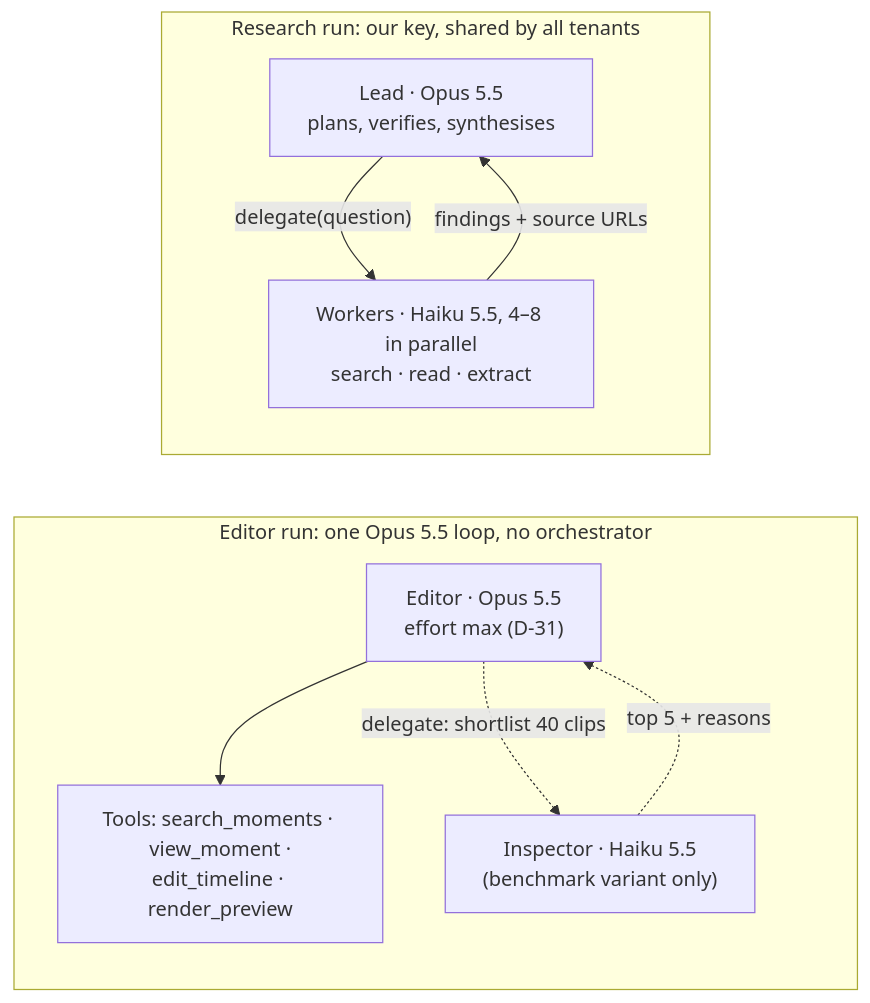
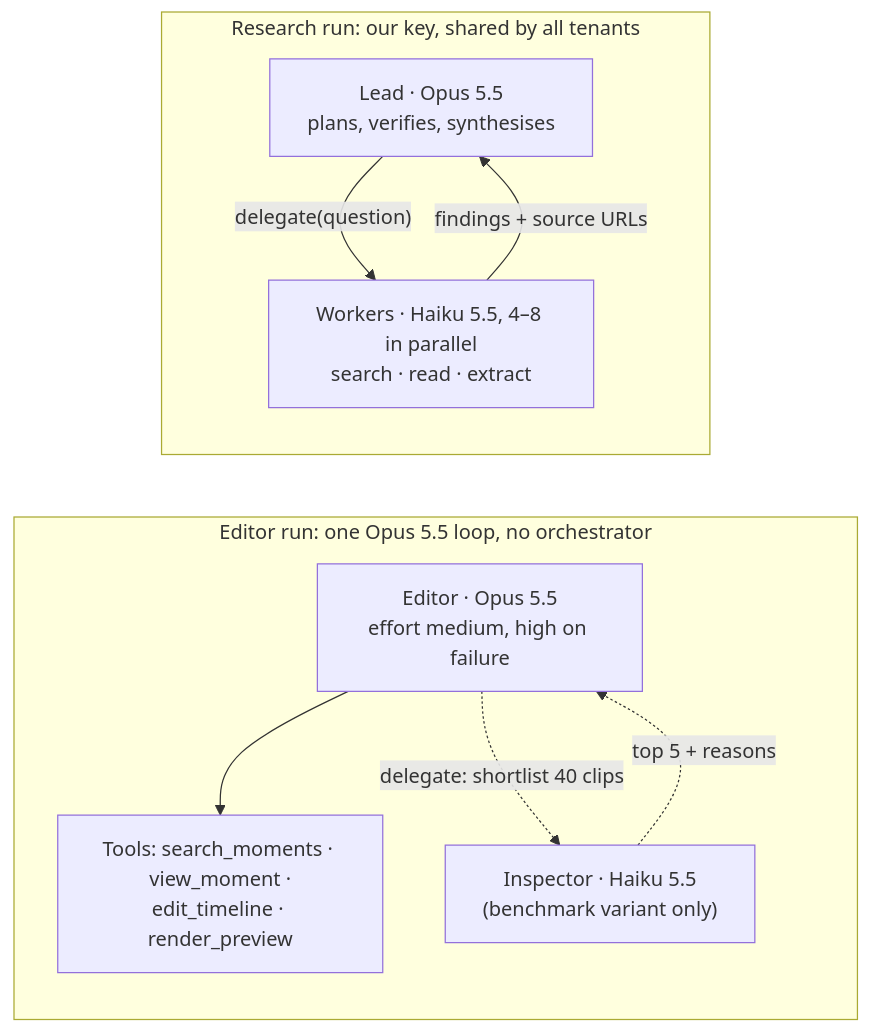
One commit to nilpntr/content-fabrique changed the fourth of 4 diagrams in docs/03-architecture.md. Above: the diagram before and after it, drawn with Mermaid. The commit also changed other lines of this file and 18 other files, not shown here.

First line of the commit message:
Quality mode: extra careful (max effort) is an opt-in per edit; standard is unchanged

````diff
--- a/docs/03-architecture.md
+++ b/docs/03-architecture.md
@@ -448,17 +455,17 @@
 ```mermaid
 flowchart LR
   subgraph EDIT["Editor run: one Opus 5.5 loop, no orchestrator"]
-    E["Editor · Opus 5.5<br/>effort max (D-31)"]
+    E["Editor · Opus 5.5<br/>effort medium, high on failure"]
     T["Tools: search_moments · view_moment ·<br/>edit_timeline · render_preview"]
     I["Inspector · Haiku 5.5<br/>(benchmark variant only)"]
     E --> T
     E -.->|"delegate: shortlist 40 clips"| I
     I -.->|"top 5 + reasons"| E
   end
   subgraph RES["Research run: our key, shared by all tenants"]
     L["Lead · Opus 5.5<br/>plans, verifies, synthesises"]
     W["Workers · Haiku 5.5, 4–8 in parallel<br/>search · read · extract"]
     L -->|"delegate(question)"| W
     W -->|"findings + source URLs"| L
   end
 ```
````
